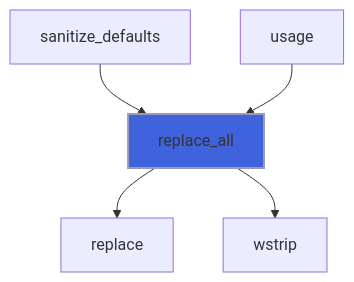
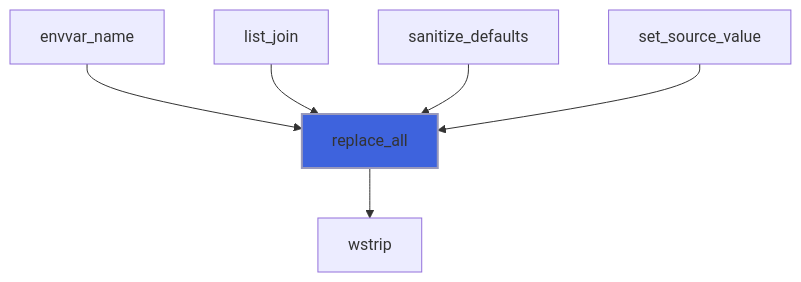
One commit to szaghi/FLAP changed diagram 11 of 14 in docs/api/src/lib/flap_utils_m.md. Above: the diagram before and after it, drawn with Mermaid. The commit also changed other lines of this file and 17 other files, not shown here.

````diff
--- a/docs/api/src/lib/flap_utils_m.md
+++ b/docs/api/src/lib/flap_utils_m.md
@@ -155,8 +406,9 @@
 ```mermaid
 flowchart TD
+  envvar_name["envvar_name"] --> replace_all["replace_all"]
+  list_join["list_join"] --> replace_all["replace_all"]
   sanitize_defaults["sanitize_defaults"] --> replace_all["replace_all"]
-  usage["usage"] --> replace_all["replace_all"]
-  replace_all["replace_all"] --> replace["replace"]
+  set_source_value["set_source_value"] --> replace_all["replace_all"]
   replace_all["replace_all"] --> wstrip["wstrip"]
   style replace_all fill:#3e63dd,stroke:#99b,stroke-width:2px
 ```
````
